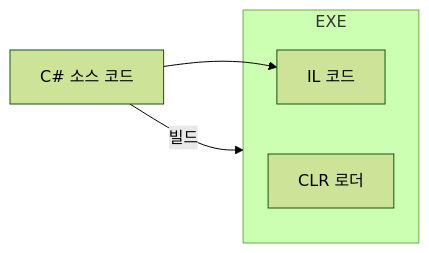
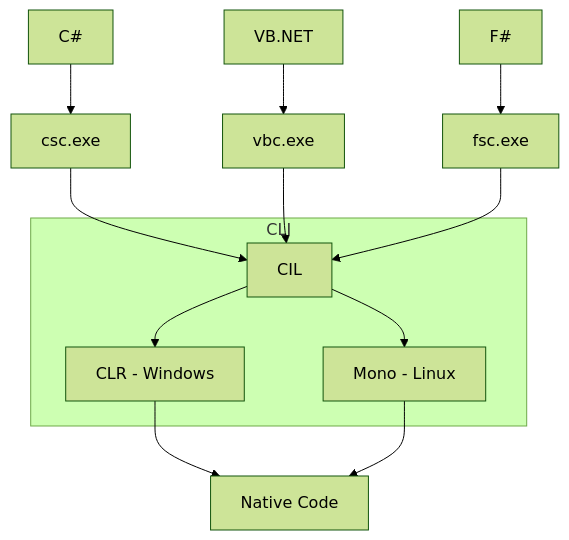
Before and after one commit to juhyeon98/juhyeon98.github.io: the second of 2 diagrams in _posts/2025-04-11-dotnet.md, drawn with Mermaid (forest theme). The commit also changed other lines of this file and 1 other file, not shown here.

````diff
--- a/_posts/2025-04-11-dotnet.md
+++ b/_posts/2025-04-11-dotnet.md
@@ -47,9 +87,15 @@
 ```mermaid
-flowchart LR
-	A[C# 소스 코드] --> C
-	A --> |빌드| EXE
-	subgraph "EXE"
-		B[CLR 로더]
-		C[IL 코드]
+flowchart TB
+	A[C#] --> D[csc.exe]
+	B[VB.NET] --> E[vbc.exe]
+	C[F#] --> F[fsc.exe]
+	D --> G
+	E --> G
+	F --> G
+	subgraph "CLI"
+		G[CIL] --> H[CLR - Windows]
+		G --> I[Mono - Linux]
 	end
+	H --> J[Native Code]
+	I --> J
 ```
````
